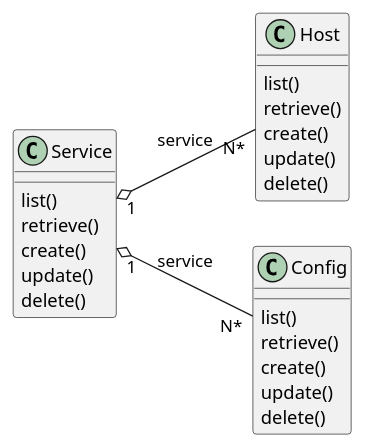
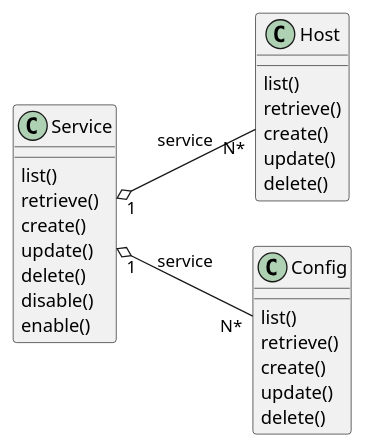
Before and after one commit to RubenCiveira/micro-php-monorepo: the diagram in register/docs/src/main/docs/model/classes-diagram.puml, drawn with PlantUML. The commit also changed 13 other files, not shown here.

```diff
--- a/register/docs/src/main/docs/model/classes-diagram.puml
+++ b/register/docs/src/main/docs/model/classes-diagram.puml
@@ -2,30 +2,32 @@
 @startuml
 left to right direction
 class .Service{
 list()
 retrieve()
 create()
 update()
 delete()
+disable()
+enable()
 }
 
 class .Host{
 list()
 retrieve()
 create()
 update()
 delete()
 }
 
 class .Config{
 list()
 retrieve()
 create()
 update()
 delete()
 }
 
 .Service "1"  o--  "N*" .Host: service  
 .Service "1"  o--  "N*" .Config: service  
 
 @enduml
```
